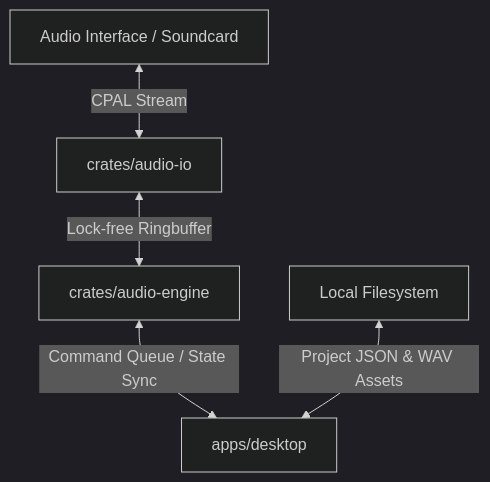
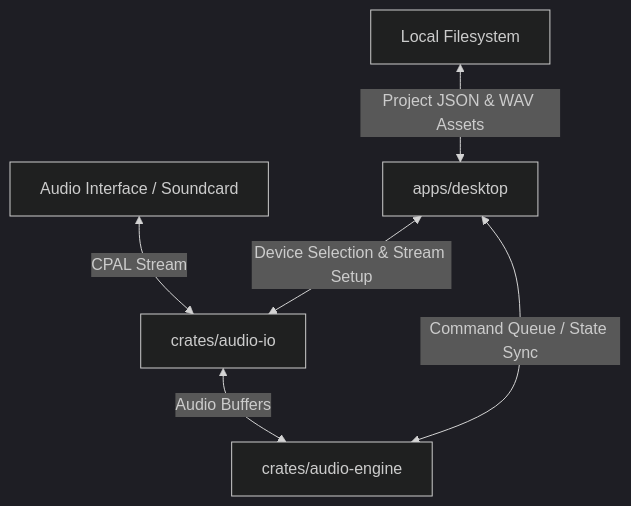
One commit to Akagami-7/Esperia changed the diagram in docs/requirements/SRS.md. Above: the diagram before and after it, drawn with Mermaid (dark theme). The commit also changed 6 other files, not shown here.

````diff
--- a/docs/requirements/SRS.md
+++ b/docs/requirements/SRS.md
@@ -37,7 +37,8 @@
 ```mermaid
 graph TD
     HardwareDevice["Audio Interface / Soundcard"] <-->|CPAL Stream| AudioIO["crates/audio-io"]
-    AudioIO <-->|Lock-free Ringbuffer| AudioEngine["crates/audio-engine"]
-    AudioEngine <-->|Command Queue / State Sync| DesktopApp["apps/desktop"]
+    DesktopApp["apps/desktop"] <-->|Device Selection & Stream Setup| AudioIO
+    DesktopApp <-->|Command Queue / State Sync| AudioEngine["crates/audio-engine"]
+    AudioIO <-->|Audio Buffers| AudioEngine
     FileSystem["Local Filesystem"] <-->|Project JSON & WAV Assets| DesktopApp
 ```
````
